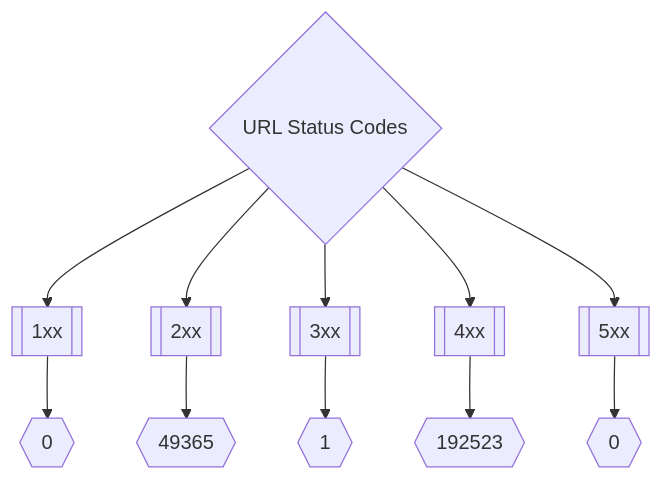
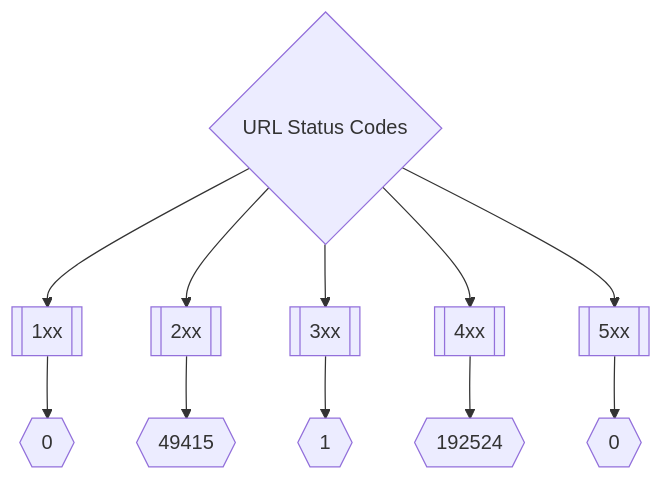
The second of 3 diagrams in README.md (trickest/inventory), drawn with Mermaid before and after one commit. The commit also changed other lines of this file, not shown here.

Commit message:
Update Fri Apr  1 01:01:24 UTC 2022

````diff
--- a/README.md
+++ b/README.md
@@ -173,8 +173,8 @@
 ```mermaid
 graph TD
 title{URL Status Codes} --> 1xx[[1xx]] --> status1xxNum{{0}}
-title --> 2xx[[2xx]] --> status2xxNum{{49365}}
+title --> 2xx[[2xx]] --> status2xxNum{{49415}}
 title --> 3xx[[3xx]] --> status3xxNum{{1}}
-title --> 4xx[[4xx]] --> status4xxNum{{192523}}
+title --> 4xx[[4xx]] --> status4xxNum{{192524}}
 title --> 5xx[[5xx]] --> status5xxNum{{0}}
 ```
````
